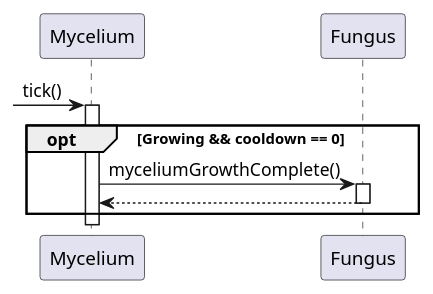
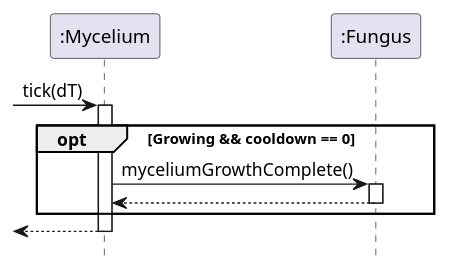
One commit to ZD4ve/projlab-error521 changed the diagram in Mycelium/mycelium-thickening.pu. Above: the diagram before and after it, drawn with PlantUML. The commit also changed 23 other files, not shown here.

```diff
--- a/Mycelium/mycelium-thickening.pu
+++ b/Mycelium/mycelium-thickening.pu
@@ -1,16 +1,19 @@
-@startuml
+@startuml Mycelium/mycelium-thickening
+hide footbox
 
-participant "Mycelium" as mycelium
-participant "Fungus" as fungus
+participant ":Mycelium" as mycelium
+participant ":Fungus" as fungus
 
--> mycelium : tick()
+-> mycelium : tick(dT)
 activate mycelium
 
 opt Growing && cooldown == 0
     mycelium -> fungus : myceliumGrowthComplete()
     activate fungus
-    mycelium <-- fungus
-    deactivate fungus
+    return
 end
 
+<-- mycelium
+deactivate mycelium
+
 @enduml
```
